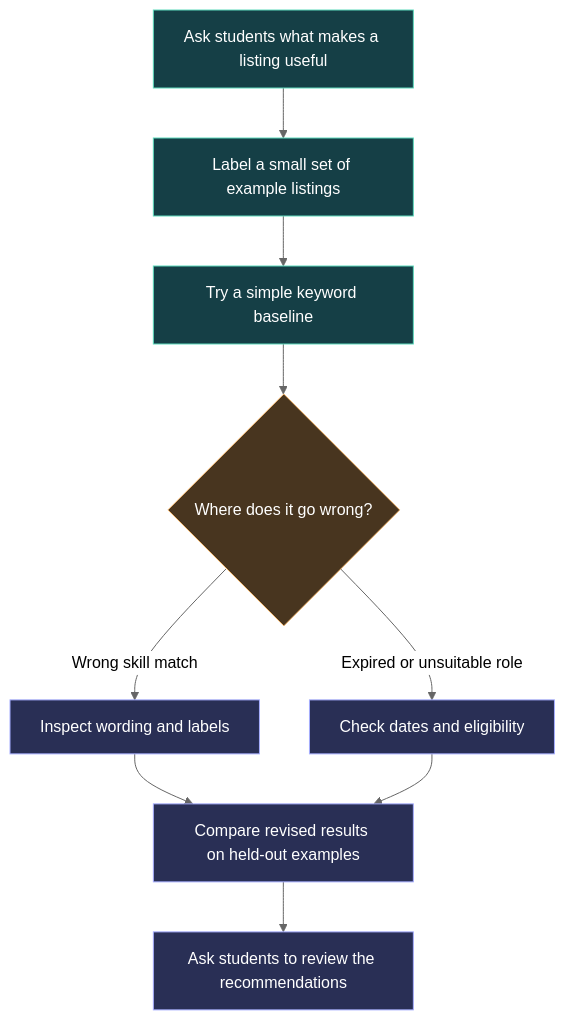
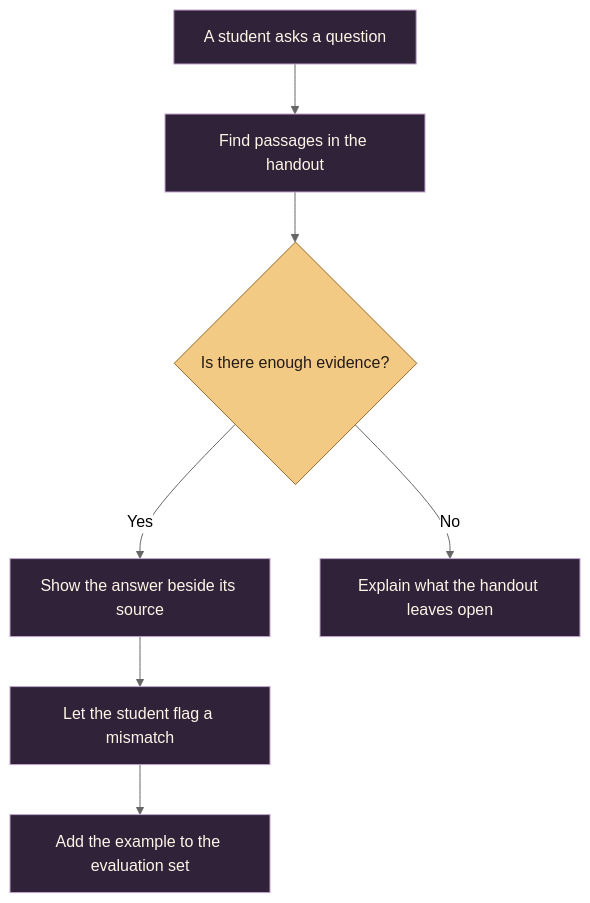
The diagram in README.md (Sushil25742/Sushil25742), drawn with Mermaid (neutral theme) before and after one commit. The commit also changed other lines of this file, not shown here.

````diff
--- a/README.md
+++ b/README.md
@@ -62,18 +127,14 @@
 ```mermaid
 flowchart TD
-    A["Ask students what makes a listing useful"] --> B["Label a small set of example listings"]
-    B --> C["Try a simple keyword baseline"]
-    C --> D{"Where does it go wrong?"}
-    D -->|"Wrong skill match"| E["Inspect wording and labels"]
-    D -->|"Expired or unsuitable role"| F["Check dates and eligibility"]
-    E --> G["Compare revised results on held-out examples"]
-    F --> G
-    G --> H["Ask students to review the recommendations"]
+    Q["A student asks a question"] --> R["Find passages in the handout"]
+    R --> D{"Is there enough evidence?"}
+    D -->|Yes| A["Show the answer beside its source"]
+    D -->|No| B["Explain what the handout leaves open"]
+    A --> F["Let the student flag a mismatch"]
+    F --> T["Add the example to the evaluation set"]
 
-    classDef research fill:#153F46,stroke:#5DD9BC,color:#FFFFFF
-    classDef decision fill:#48351F,stroke:#F5B971,color:#FFFFFF
-    classDef evaluation fill:#292F55,stroke:#A6AEFF,color:#FFFFFF
-    class A,B,C research
-    class D decision
-    class E,F,G,H evaluation
+    classDef ink fill:#302239,stroke:#C2A4CF,color:#FFF5E7
+    classDef gold fill:#F2CA83,stroke:#946927,color:#241B19
+    class Q,R,A,B,F,T ink
+    class D gold
 ```
````
